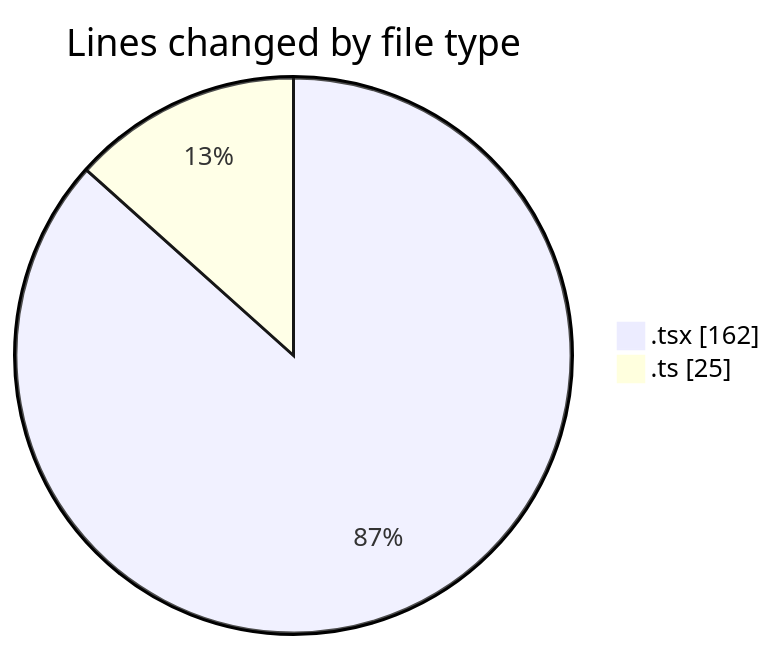
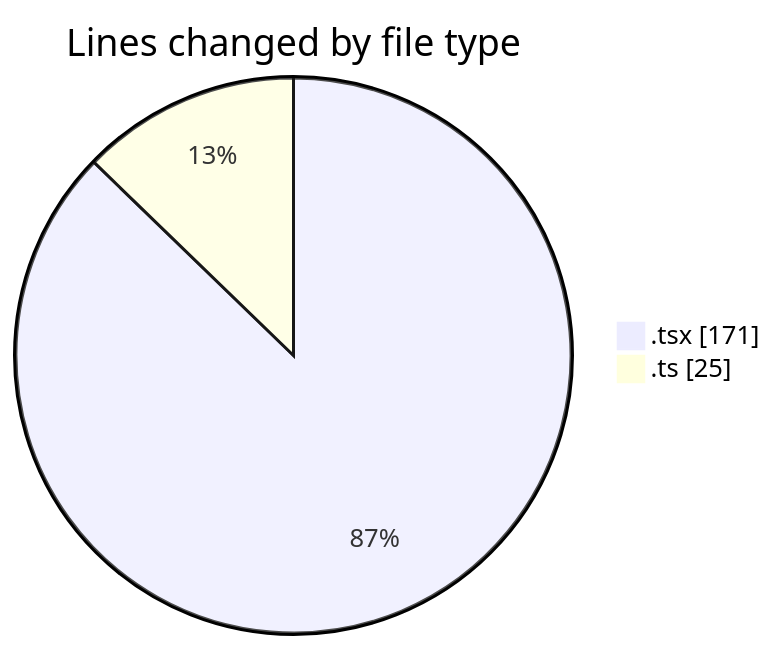
The first of 2 diagrams in 2025-03-19/peregrino-web/README.md (robertbonfada/code-tracking), drawn with Mermaid before and after one commit. The commit also changed other lines of this file and 1 other file, not shown here.

````diff
--- a/2025-03-19/peregrino-web/README.md
+++ b/2025-03-19/peregrino-web/README.md
@@ -23,6 +25,6 @@
 ```mermaid
 pie showData
 title Lines changed by file type
-".tsx" : 162
+".tsx" : 171
 ".ts" : 25
 ```
````
